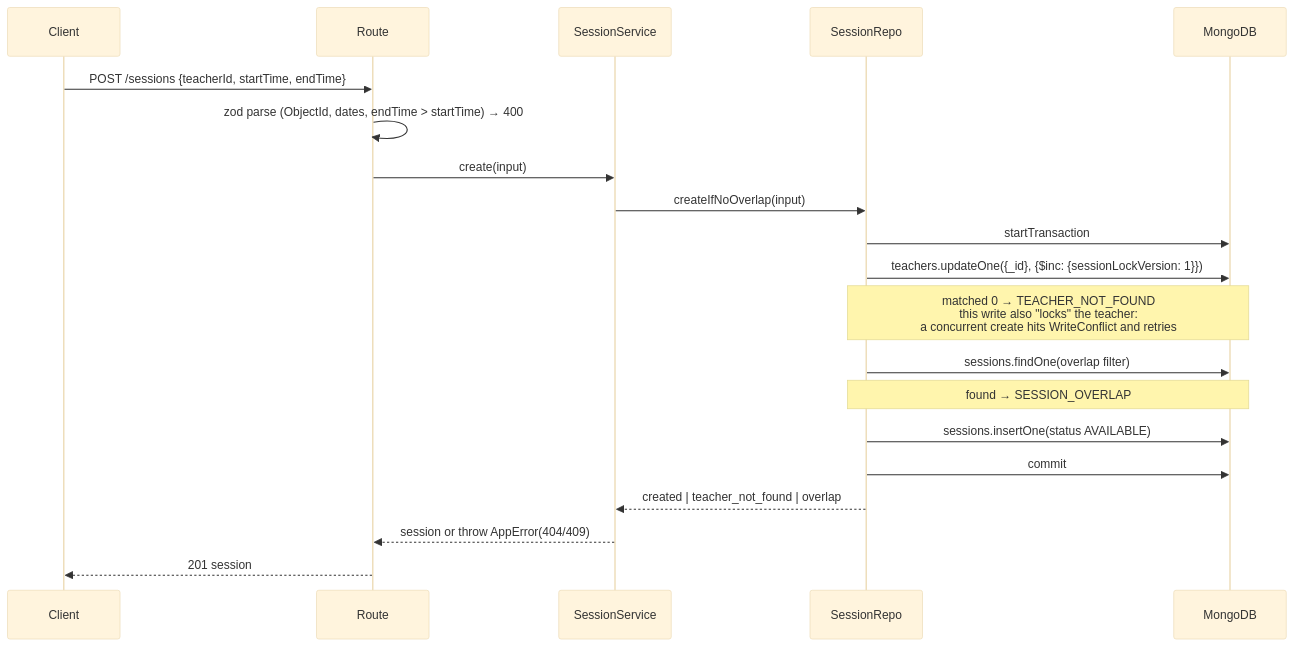
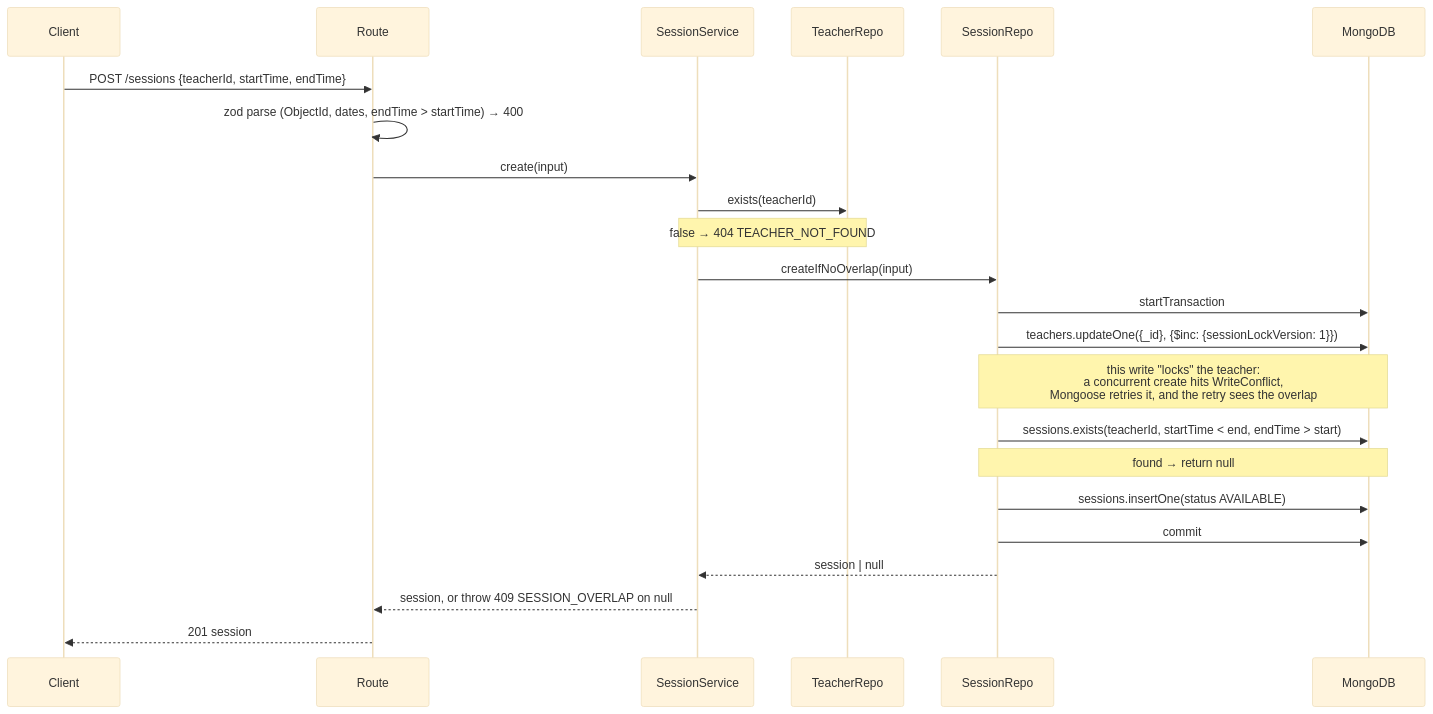
Before and after one commit to Shailesh-Kala/englishyaari-assessment: the second of 3 diagrams in docs/ARCHITECTURE.md, drawn with Mermaid (base theme). The commit also changed 2 other files, not shown here.

Commit message:
docs: tick task 10, sync create-session flow diagram

````diff
--- a/docs/ARCHITECTURE.md
+++ b/docs/ARCHITECTURE.md
@@ -43,23 +43,26 @@
 ```mermaid
 sequenceDiagram
     participant C as Client
     participant Ctl as Route
     participant Svc as SessionService
+    participant TRep as TeacherRepo
     participant Rep as SessionRepo
     participant DB as MongoDB
 
     C->>Ctl: POST /sessions {teacherId, startTime, endTime}
     Ctl->>Ctl: zod parse (ObjectId, dates, endTime > startTime) → 400
     Ctl->>Svc: create(input)
+    Svc->>TRep: exists(teacherId)
+    Note over Svc,TRep: false → 404 TEACHER_NOT_FOUND
     Svc->>Rep: createIfNoOverlap(input)
     Rep->>DB: startTransaction
     Rep->>DB: teachers.updateOne({_id}, {$inc: {sessionLockVersion: 1}})
-    Note over Rep,DB: matched 0 → TEACHER_NOT_FOUND<br/>this write also "locks" the teacher:<br/>a concurrent create hits WriteConflict and retries
-    Rep->>DB: sessions.findOne(overlap filter)
-    Note over Rep,DB: found → SESSION_OVERLAP
+    Note over Rep,DB: this write "locks" the teacher:<br/>a concurrent create hits WriteConflict,<br/>Mongoose retries it, and the retry sees the overlap
+    Rep->>DB: sessions.exists(teacherId, startTime < end, endTime > start)
+    Note over Rep,DB: found → return null
     Rep->>DB: sessions.insertOne(status AVAILABLE)
     Rep->>DB: commit
-    Rep-->>Svc: created | teacher_not_found | overlap
-    Svc-->>Ctl: session or throw AppError(404/409)
+    Rep-->>Svc: session | null
+    Svc-->>Ctl: session, or throw 409 SESSION_OVERLAP on null
     Ctl-->>C: 201 session
 ```
````
